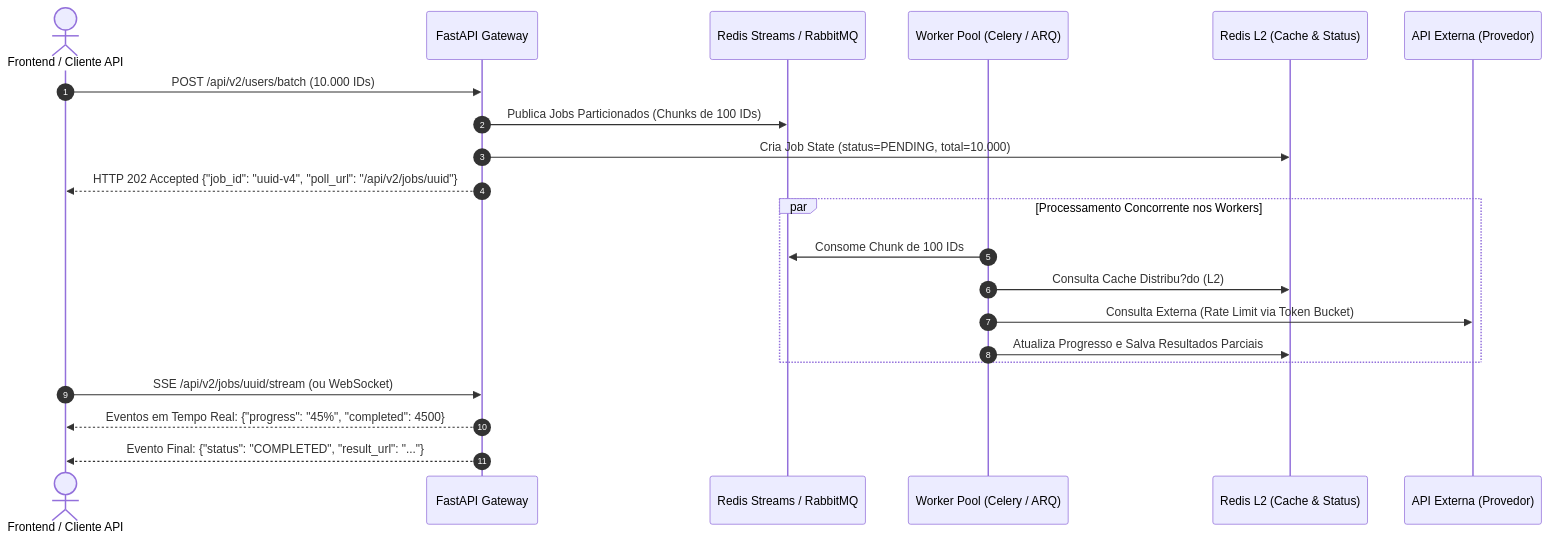
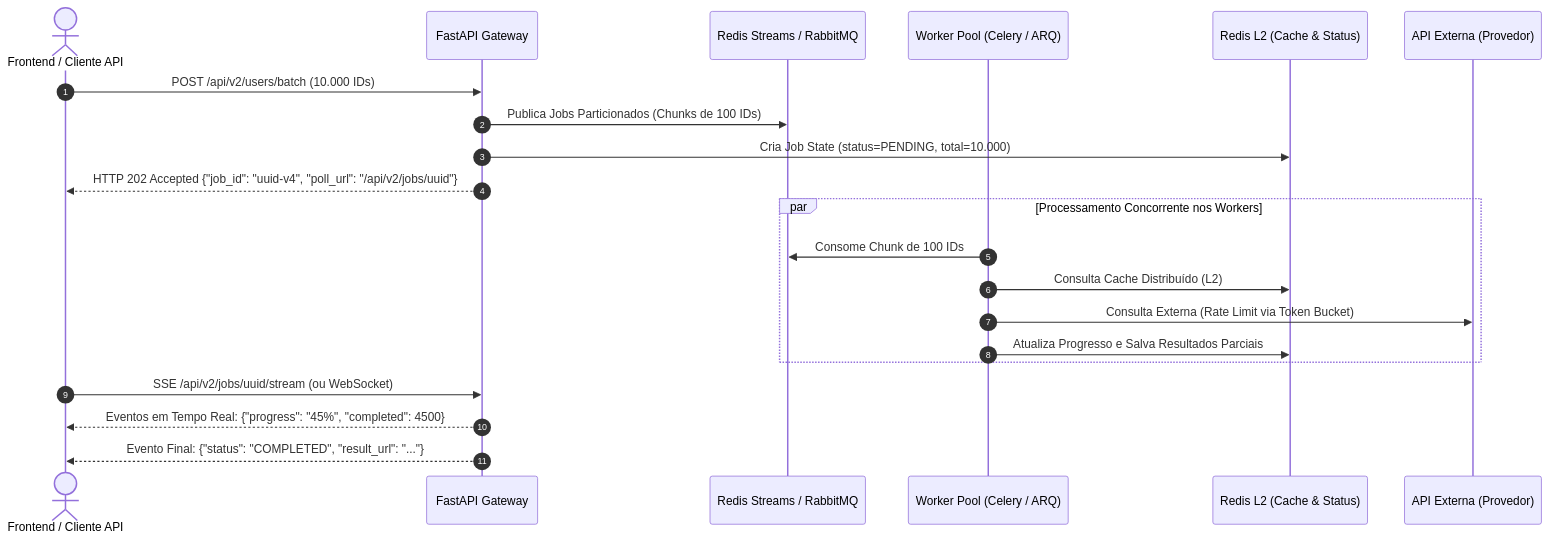
Before and after one commit to JoaoIto/users-hit: the diagram in spec/05_SCALABILITY_ROADMAP.md, drawn with Mermaid. The commit also changed other lines of this file and 5 other files, not shown here.

````diff
--- a/spec/05_SCALABILITY_ROADMAP.md
+++ b/spec/05_SCALABILITY_ROADMAP.md
@@ -20,26 +20,27 @@
 ```mermaid
 sequenceDiagram
     autonumber
     actor Client as Frontend / Cliente API
     participant API as FastAPI Gateway
     participant Queue as Redis Streams / RabbitMQ
     participant Workers as Worker Pool (Celery / ARQ)
     participant Redis as Redis L2 (Cache & Status)
     participant External as API Externa (Provedor)
 
     Client->>API: POST /api/v2/users/batch (10.000 IDs)
     API->>Queue: Publica Jobs Particionados (Chunks de 100 IDs)
     API->>Redis: Cria Job State (status=PENDING, total=10.000)
     API-->>Client: HTTP 202 Accepted {"job_id": "uuid-v4", "poll_url": "/api/v2/jobs/uuid"}
     
     par Processamento Concorrente nos Workers
         Workers->>Queue: Consome Chunk de 100 IDs
-        Workers->>Redis: Consulta Cache Distribu?do (L2)
+        Workers->>Redis: Consulta Cache Distribuído (L2)
         Workers->>External: Consulta Externa (Rate Limit via Token Bucket)
         Workers->>Redis: Atualiza Progresso e Salva Resultados Parciais
     end
 
     Client->>API: SSE /api/v2/jobs/uuid/stream (ou WebSocket)
     API-->>Client: Eventos em Tempo Real: {"progress": "45%", "completed": 4500}
     API-->>Client: Evento Final: {"status": "COMPLETED", "result_url": "..."}
+
 ```
````
